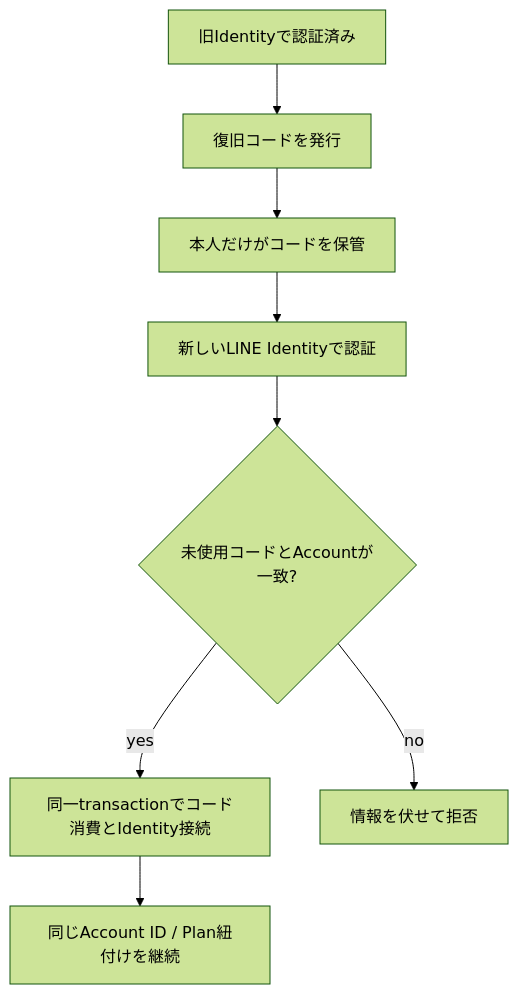
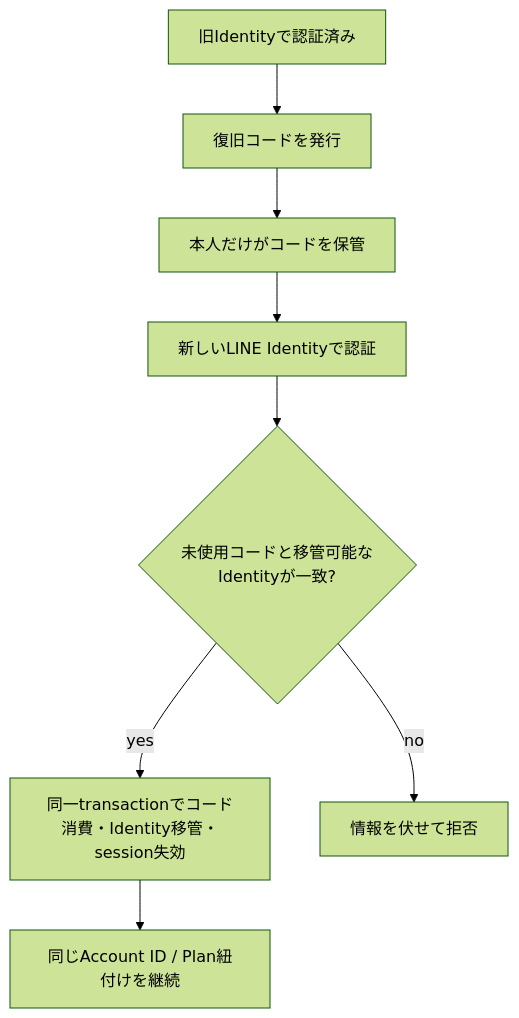
One commit to kkyosuke/me-builder changed the diagram in docs/architecture/account-recovery-design.md. Above: the diagram before and after it, drawn with Mermaid (forest theme). The commit also changed other lines of this file and 116 other files, not shown here.

````diff
--- a/docs/architecture/account-recovery-design.md
+++ b/docs/architecture/account-recovery-design.md
@@ -28,10 +28,10 @@
 ```mermaid
 flowchart TD
     A[旧Identityで認証済み] --> B[復旧コードを発行]
     B --> C[本人だけがコードを保管]
     C --> D[新しいLINE Identityで認証]
-    D --> E{未使用コードとAccountが一致?}
-    E -->|yes| F[同一transactionでコード消費とIdentity接続]
+    D --> E{未使用コードと移管可能なIdentityが一致?}
+    E -->|yes| F[同一transactionでコード消費・Identity移管・session失効]
     E -->|no| G[情報を伏せて拒否]
     F --> H[同じAccount ID / Plan紐付けを継続]
 ```
````
